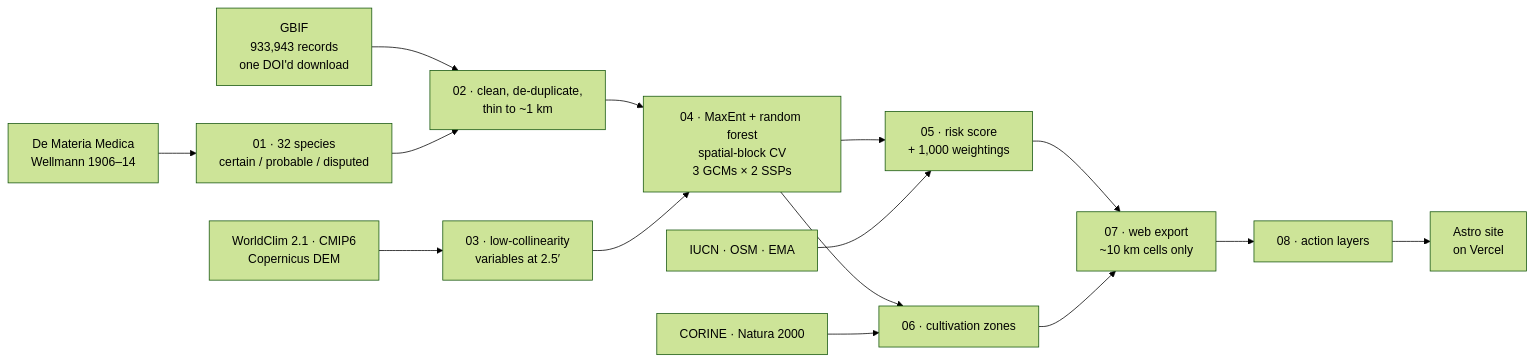
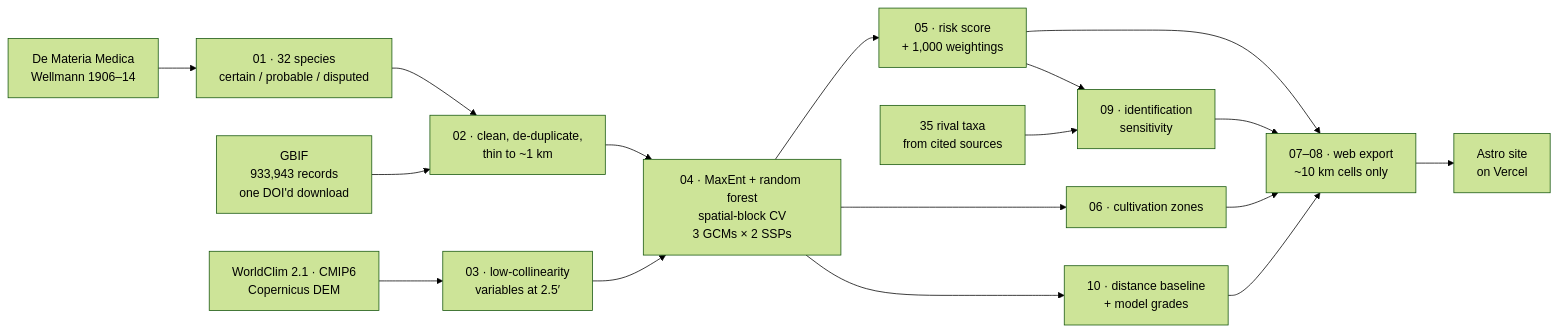
One commit to SoujanyaChatti/Materia-Medica-2050 changed the diagram in README.md. Above: the diagram before and after it, drawn with Mermaid (forest theme). The commit also changed other lines of this file and 2 other files, not shown here.

Commit message:
README: lead with the identification finding; judges' path, results with every interval, validation incl. distance baseline and grades, limitations, built vs reused, licences, citations

````diff
--- a/README.md
+++ b/README.md
@@ -91,14 +74,16 @@
 ```mermaid
 flowchart LR
   A["De Materia Medica<br/>Wellmann 1906–14"] --> B["01 · 32 species<br/>certain / probable / disputed"]
   G["GBIF<br/>933,943 records<br/>one DOI'd download"] --> C["02 · clean, de-duplicate,<br/>thin to ~1 km"]
   W["WorldClim 2.1 · CMIP6<br/>Copernicus DEM"] --> D["03 · low-collinearity<br/>variables at 2.5′"]
   B --> C --> E
   D --> E["04 · MaxEnt + random forest<br/>spatial-block CV<br/>3 GCMs × 2 SSPs"]
   E --> F["05 · risk score<br/>+ 1,000 weightings"]
-  O["IUCN · OSM · EMA"] --> F
   E --> H["06 · cultivation zones"]
-  K["CORINE · Natura 2000"] --> H
-  F --> X["07 · web export<br/>~10 km cells only"]
-  H --> X --> Y["08 · action layers"] --> S["Astro site<br/>on Vercel"]
+  F --> X["07–08 · web export<br/>~10 km cells only"]
+  H --> X
+  R["35 rival taxa<br/>from cited sources"] --> I["09 · identification<br/>sensitivity"]
+  F --> I --> X
+  E --> V["10 · distance baseline<br/>+ model grades"] --> X
+  X --> S["Astro site<br/>on Vercel"]
 ```
````
